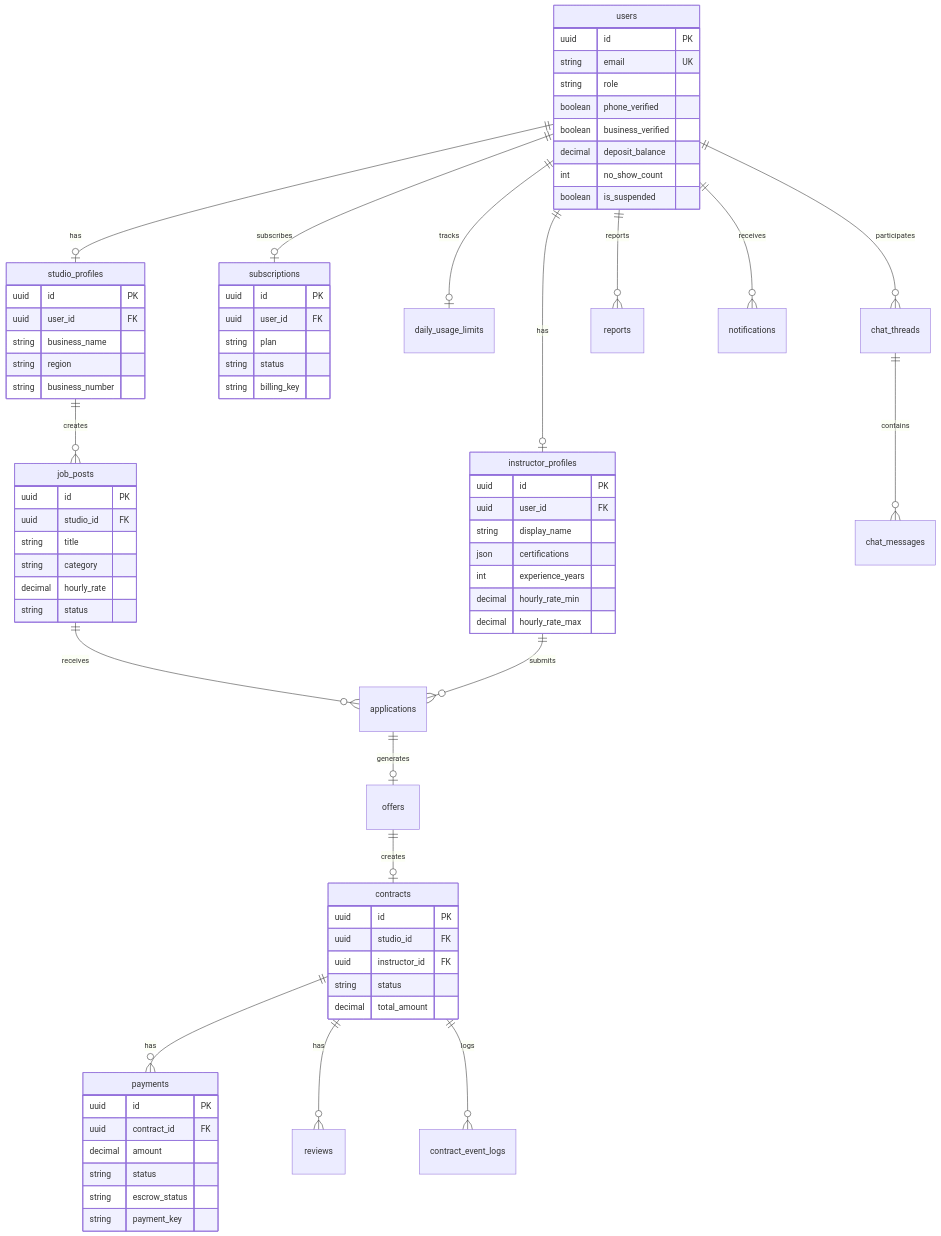
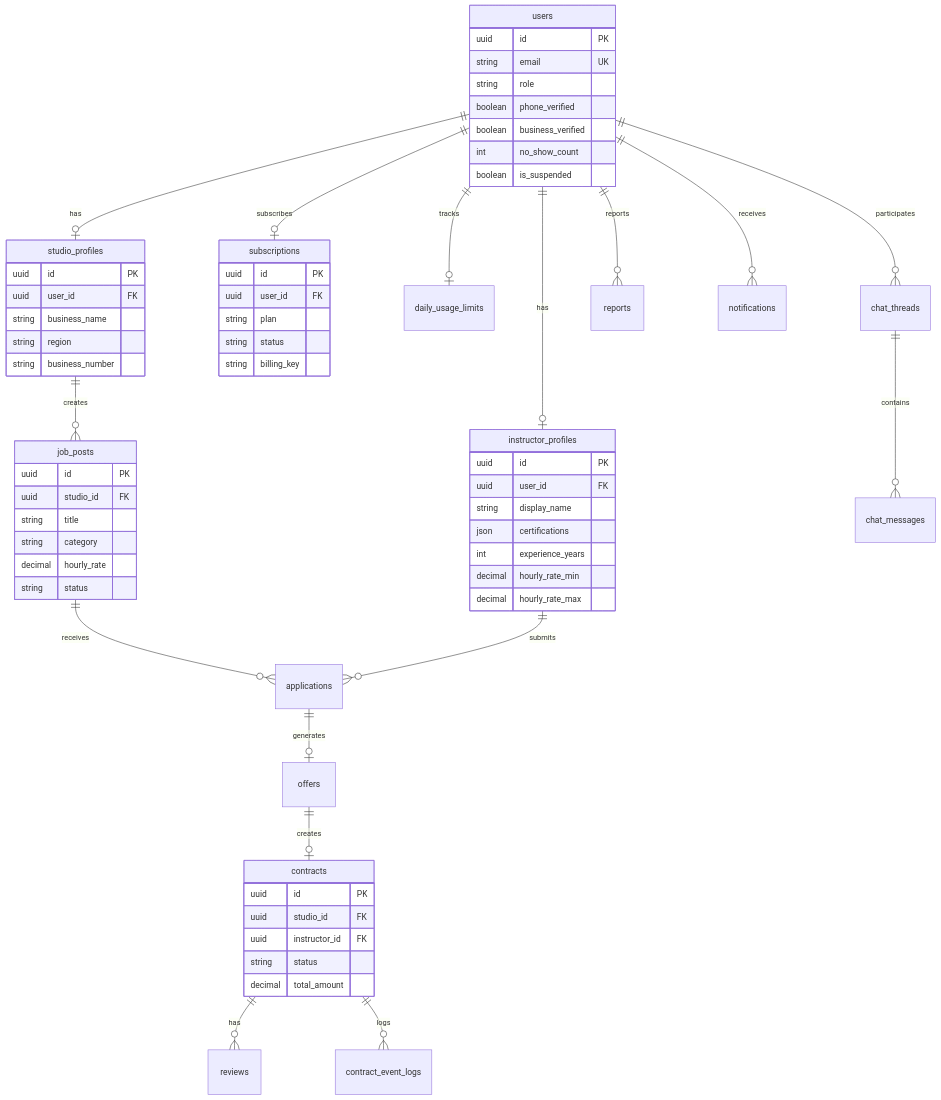
One commit to MaduJoe/PilaMatch changed the sixth of 7 diagrams in README.md. Above: the diagram before and after it, drawn with Mermaid. The commit also changed other lines of this file and 1 other file, not shown here.

```diff
--- a/README.md
+++ b/README.md
@@ -1439,7 +1282,6 @@
     applications ||--o| offers : generates
     offers ||--o| contracts : creates
 
-    contracts ||--o{ payments : has
     contracts ||--o{ reviews : has
     contracts ||--o{ contract_event_logs : logs
 
@@ -1455,7 +1297,6 @@
         string role
         boolean phone_verified
         boolean business_verified
-        decimal deposit_balance
         int no_show_count
         boolean is_suspended
     }
@@ -1495,15 +1336,6 @@
         decimal total_amount
     }
 
-    payments {
-        uuid id PK
-        uuid contract_id FK
-        decimal amount
-        string status
-        string escrow_status
-        string payment_key
-    }
-
     subscriptions {
         uuid id PK
         uuid user_id FK
```
